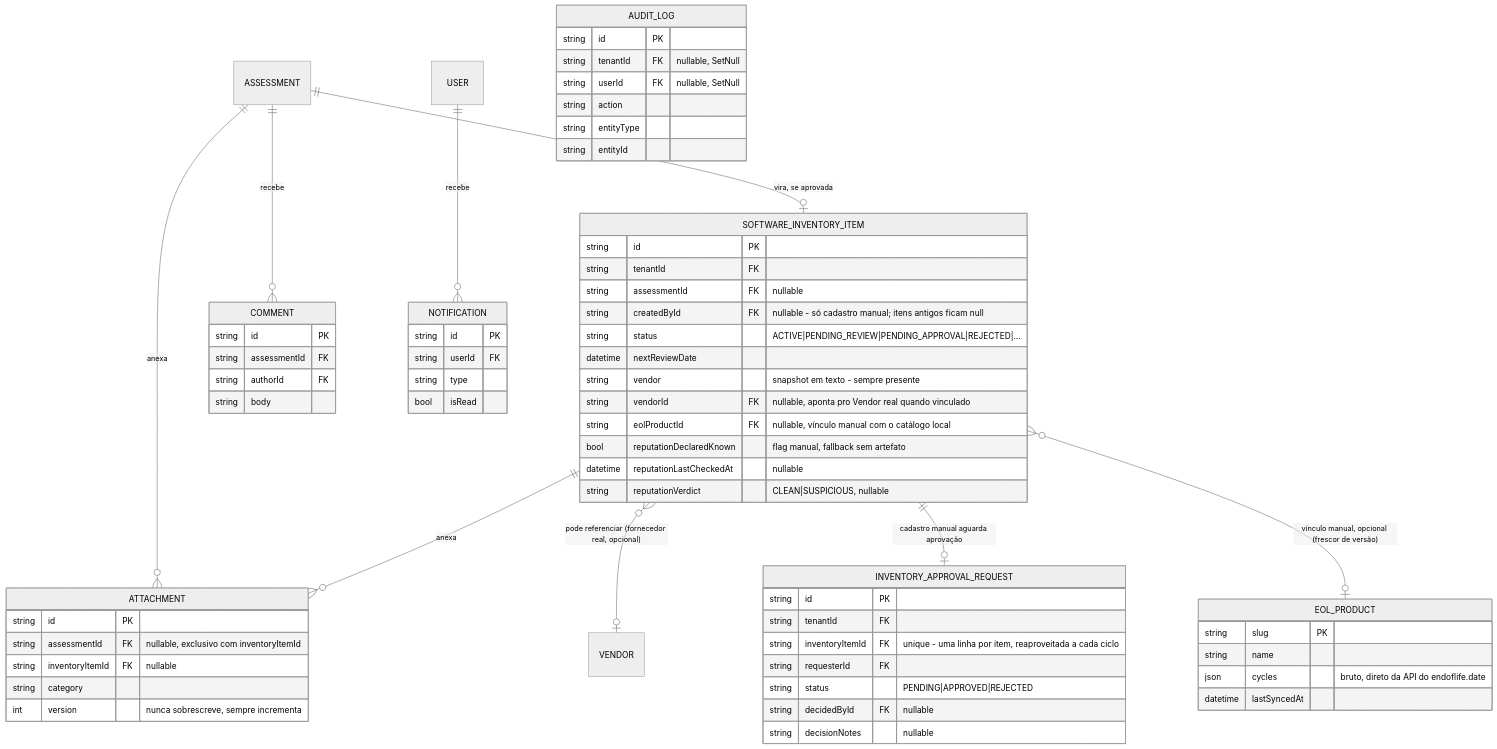
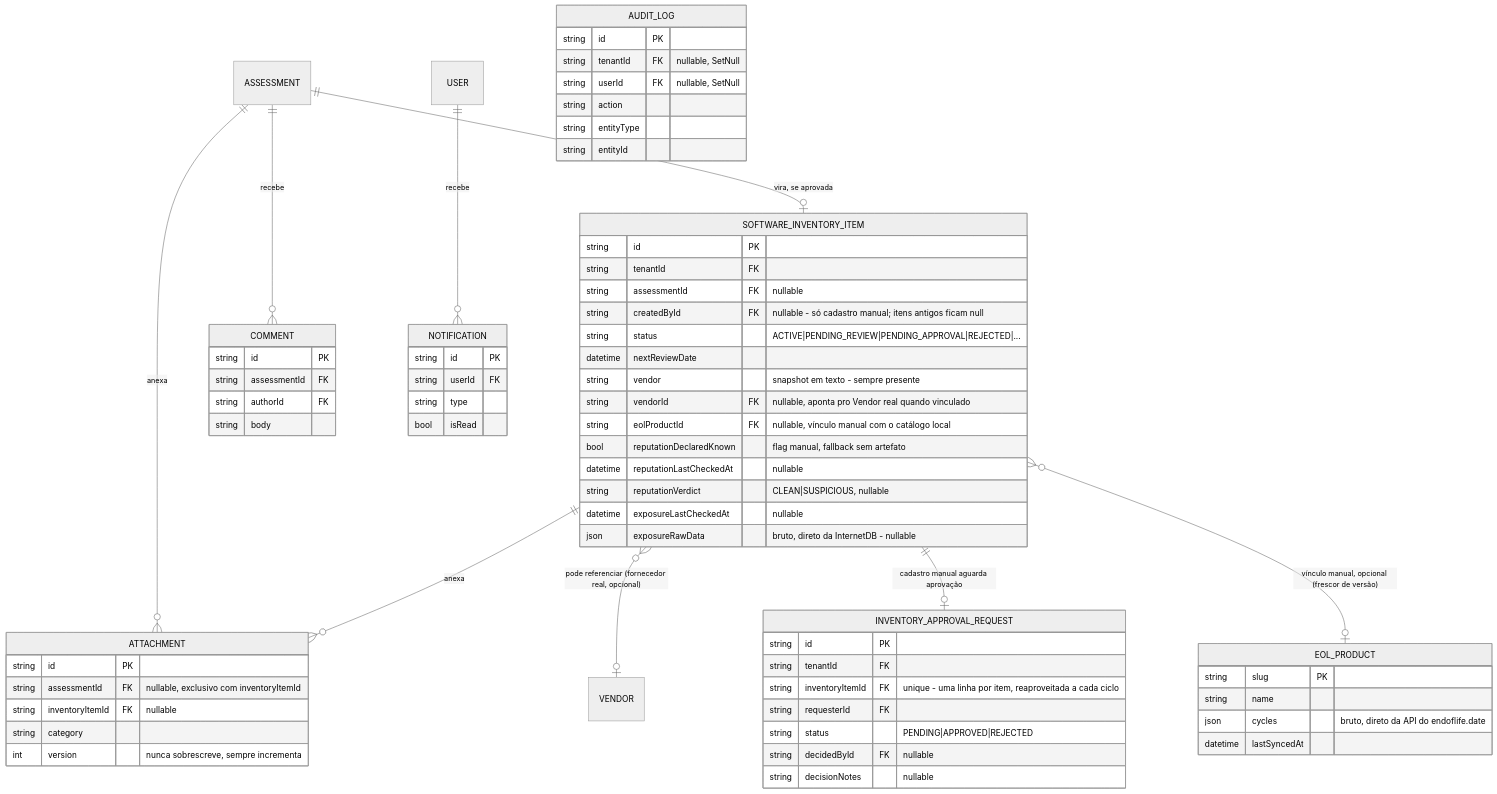
Before and after one commit to domcabral9/morpheus-beta: the sixth of 7 diagrams in docs/architecture.md, drawn with Mermaid (neutral theme). The commit also changed other lines of this file and 7 other files, not shown here.

First line of the commit message:
feat(inventory): exposição externa - Fase 1, schema + policy de plataforma (#151)

````diff
--- a/docs/architecture.md
+++ b/docs/architecture.md
@@ -376,68 +377,70 @@
 ```mermaid
 erDiagram
     ASSESSMENT ||--o| SOFTWARE_INVENTORY_ITEM : "vira, se aprovada"
     ASSESSMENT ||--o{ ATTACHMENT : anexa
     SOFTWARE_INVENTORY_ITEM ||--o{ ATTACHMENT : anexa
     ASSESSMENT ||--o{ COMMENT : recebe
     USER ||--o{ NOTIFICATION : recebe
     SOFTWARE_INVENTORY_ITEM }o--o| VENDOR : "pode referenciar (fornecedor real, opcional)"
     SOFTWARE_INVENTORY_ITEM ||--o| INVENTORY_APPROVAL_REQUEST : "cadastro manual aguarda aprovação"
     SOFTWARE_INVENTORY_ITEM }o--o| EOL_PRODUCT : "vínculo manual, opcional (frescor de versão)"
 
     SOFTWARE_INVENTORY_ITEM {
         string id PK
         string tenantId FK
         string assessmentId FK "nullable"
         string createdById FK "nullable - só cadastro manual; itens antigos ficam null"
         string status "ACTIVE|PENDING_REVIEW|PENDING_APPROVAL|REJECTED|..."
         datetime nextReviewDate
         string vendor "snapshot em texto - sempre presente"
         string vendorId FK "nullable, aponta pro Vendor real quando vinculado"
         string eolProductId FK "nullable, vínculo manual com o catálogo local"
         bool reputationDeclaredKnown "flag manual, fallback sem artefato"
         datetime reputationLastCheckedAt "nullable"
         string reputationVerdict "CLEAN|SUSPICIOUS, nullable"
+        datetime exposureLastCheckedAt "nullable"
+        json exposureRawData "bruto, direto da InternetDB - nullable"
     }
     EOL_PRODUCT {
         string slug PK
         string name
         json cycles "bruto, direto da API do endoflife.date"
         datetime lastSyncedAt
     }
     INVENTORY_APPROVAL_REQUEST {
         string id PK
         string tenantId FK
         string inventoryItemId FK "unique - uma linha por item, reaproveitada a cada ciclo"
         string requesterId FK
         string status "PENDING|APPROVED|REJECTED"
         string decidedById FK "nullable"
         string decisionNotes "nullable"
     }
     ATTACHMENT {
         string id PK
         string assessmentId FK "nullable, exclusivo com inventoryItemId"
         string inventoryItemId FK "nullable"
         string category
         int version "nunca sobrescreve, sempre incrementa"
     }
     COMMENT {
         string id PK
         string assessmentId FK
         string authorId FK
         string body
     }
     AUDIT_LOG {
         string id PK
         string tenantId FK "nullable, SetNull"
         string userId FK "nullable, SetNull"
         string action
         string entityType
         string entityId
     }
     NOTIFICATION {
         string id PK
         string userId FK
         string type
         bool isRead
     }
 ```
````
